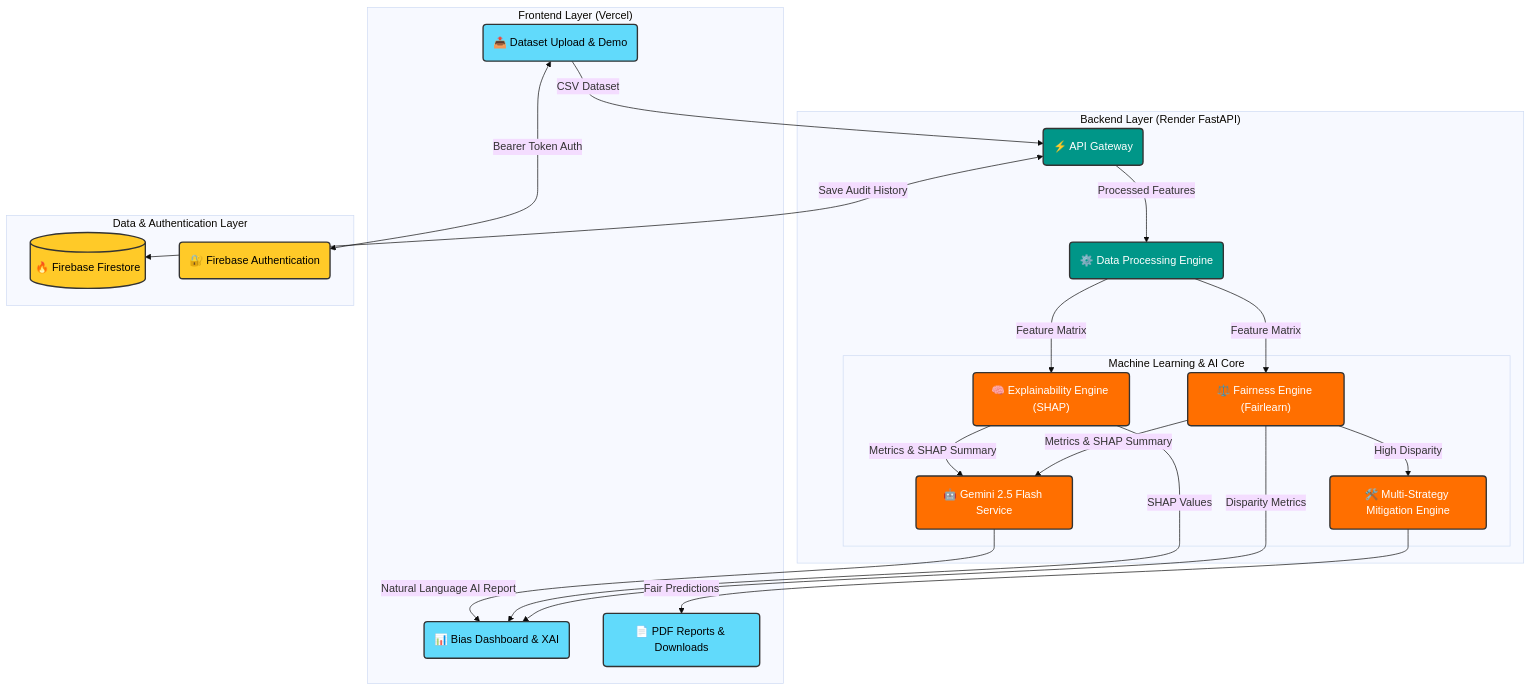
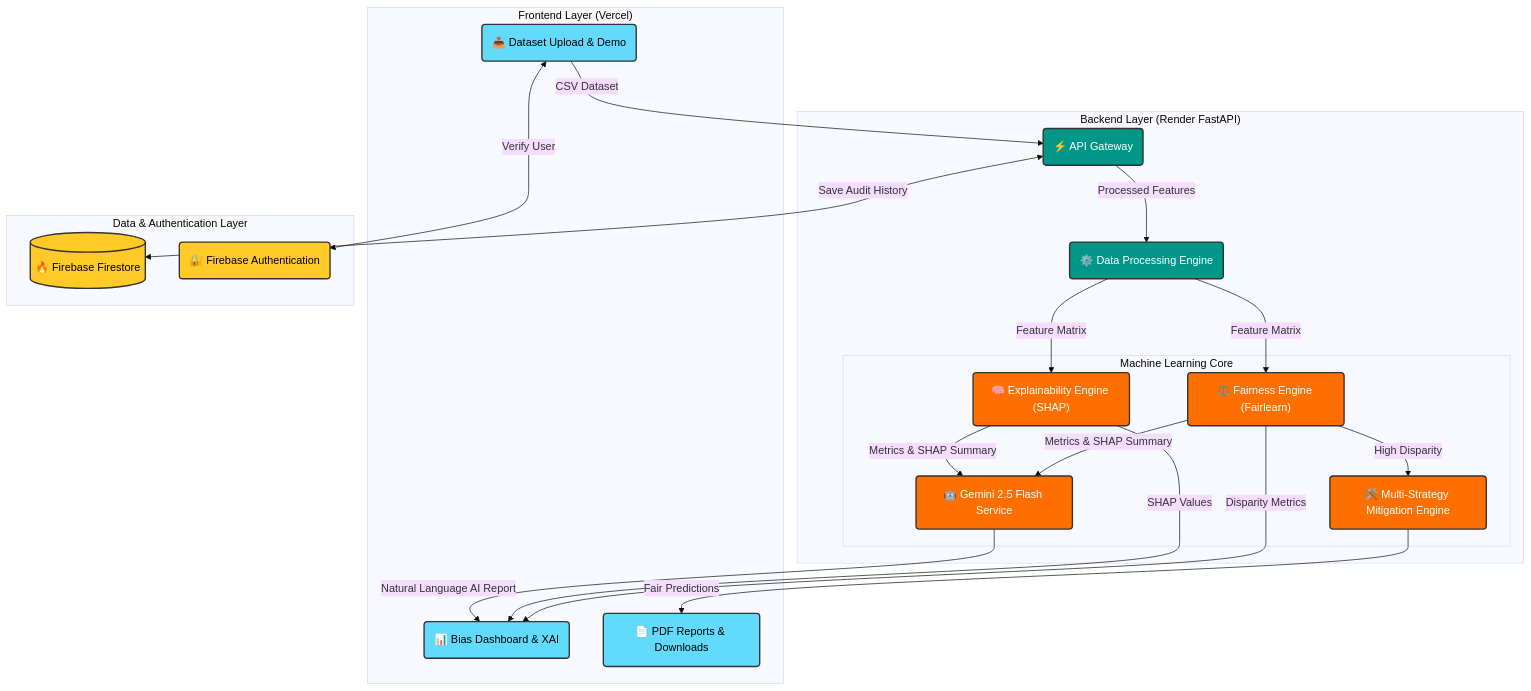
Before and after one commit to himanshu-jadhav108/fairlens-ai-: the diagram in README.md, drawn with Mermaid (base theme). The commit also changed other lines of this file, not shown here.

````diff
--- a/README.md
+++ b/README.md
@@ -63,49 +63,49 @@
 ```mermaid
 graph TD
     %% Define Styles
     classDef frontend fill:#61DAFB,stroke:#333,stroke-width:2px,color:#000;
     classDef backend fill:#009688,stroke:#333,stroke-width:2px,color:#fff;
     classDef ml fill:#FF6F00,stroke:#333,stroke-width:2px,color:#fff;
     classDef db fill:#FFCA28,stroke:#333,stroke-width:2px,color:#000;
-
+    
     subgraph "Frontend Layer (Vercel)"
         UI_Upload("📤 Dataset Upload & Demo"):::frontend
         UI_Dash("📊 Bias Dashboard & XAI"):::frontend
         UI_Report("📄 PDF Reports & Downloads"):::frontend
     end
 
     subgraph "Backend Layer (Render FastAPI)"
         API("⚡ API Gateway"):::backend
         DP("⚙️ Data Processing Engine"):::backend
-
-        subgraph "Machine Learning & AI Core"
+        
+        subgraph "Machine Learning Core"
             FE("⚖️ Fairness Engine (Fairlearn)"):::ml
             XE("🧠 Explainability Engine (SHAP)"):::ml
             ME("🛠️ Multi-Strategy Mitigation Engine"):::ml
             GAI("🤖 Gemini 2.5 Flash Service"):::ml
         end
     end
 
     subgraph "Data & Authentication Layer"
         DB[("🔥 Firebase Firestore")]:::db
         Auth("🔐 Firebase Authentication"):::db
     end
 
     %% Flow of data
     UI_Upload -- "CSV Dataset" --> API
     API -- "Processed Features" --> DP
     DP -- "Feature Matrix" --> FE
     DP -- "Feature Matrix" --> XE
-
+    
     FE -- "Disparity Metrics" --> UI_Dash
     XE -- "SHAP Values" --> UI_Dash
     FE & XE -- "Metrics & SHAP Summary" --> GAI
     GAI -- "Natural Language AI Report" --> UI_Dash
-
+    
     FE -- "High Disparity" --> ME
     ME -- "Fair Predictions" --> UI_Report
-
+    
     %% Storage Interactions
     API <-- "Save Audit History" --> DB
-    UI_Upload <-- "Bearer Token Auth" --> Auth
+    UI_Upload <-- "Verify User" --> Auth
 ```
````
